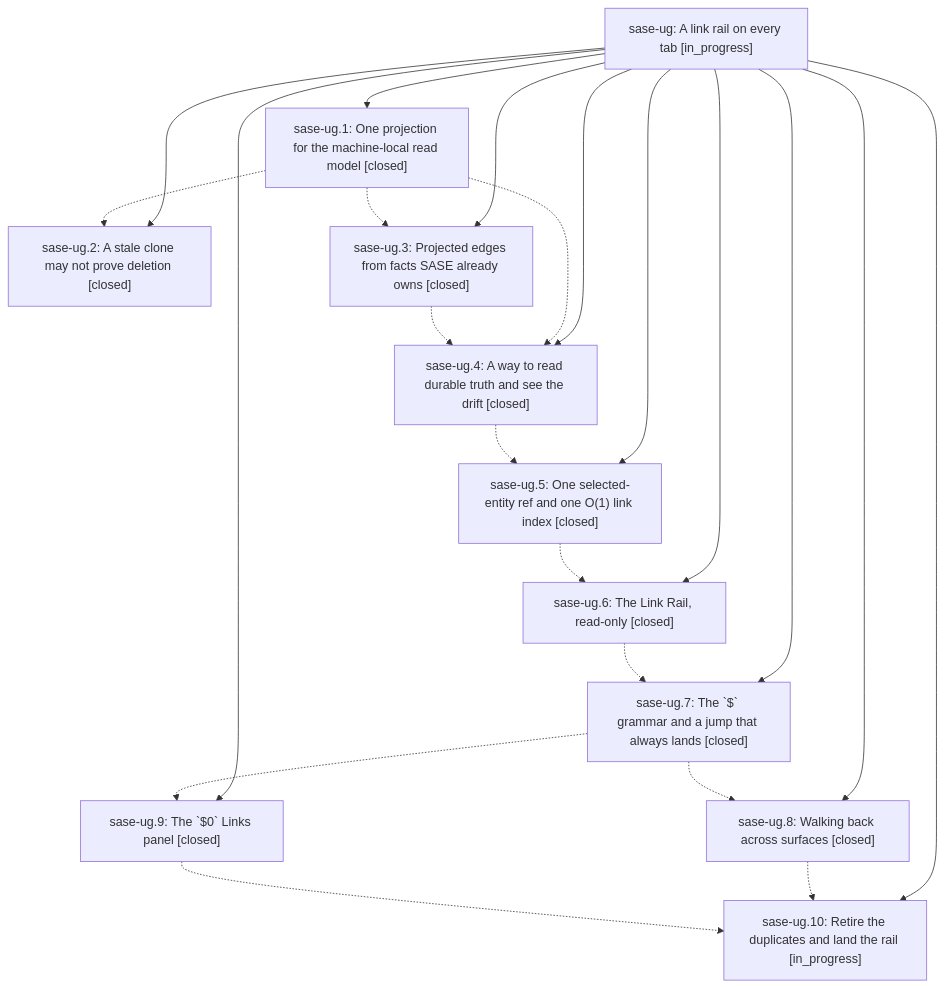
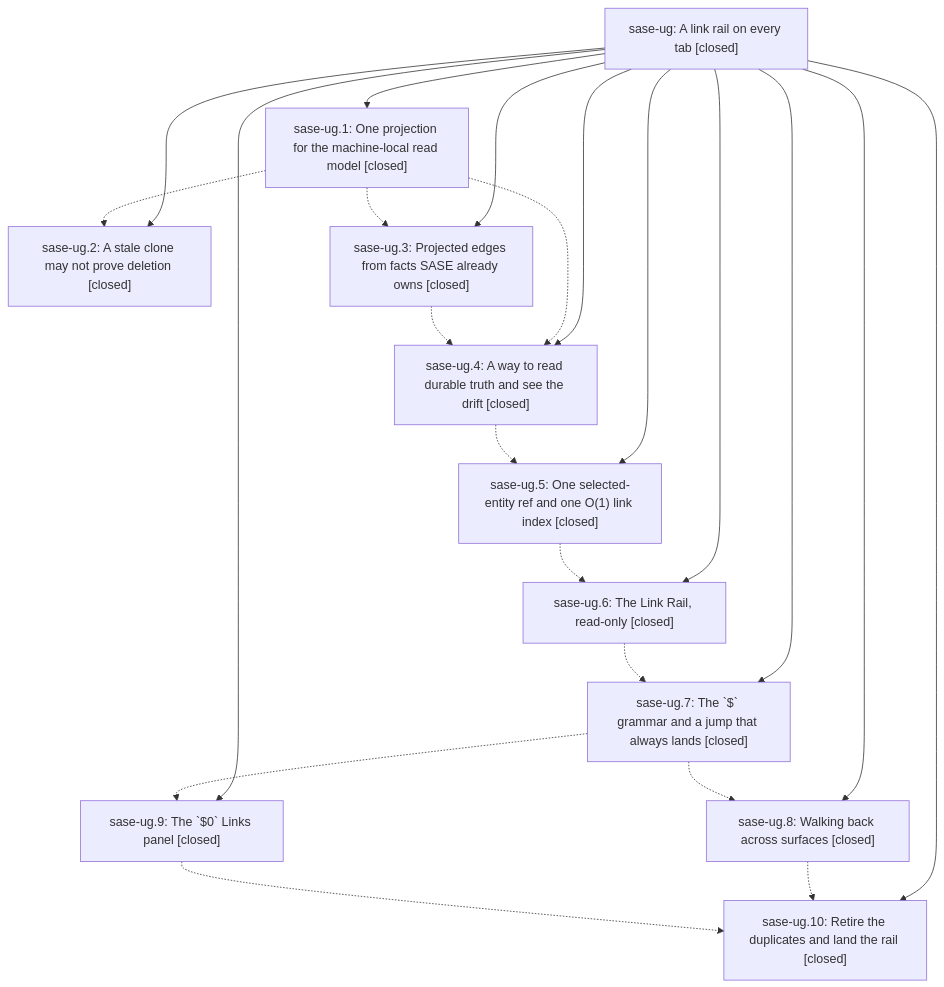
The diagram in pages/sase-ug/README.md (sase-org/sase--beads), drawn with Mermaid before and after one commit. The commit also changed other lines of this file and 3 other files, not shown here.

````diff
--- a/pages/sase-ug/README.md
+++ b/pages/sase-ug/README.md
@@ -47,35 +80,35 @@
 ```mermaid
 flowchart TD
-    n0["sase-ug: A link rail on every tab [in_progress]"]
+    n0["sase-ug: A link rail on every tab [closed]"]
     n1["sase-ug.1: One projection for the machine-local read model [closed]"]
-    n2["sase-ug.10: Retire the duplicates and land the rail [in_progress]"]
+    n2["sase-ug.10: Retire the duplicates and land the rail [closed]"]
     n3["sase-ug.2: A stale clone may not prove deletion [closed]"]
     n4["sase-ug.3: Projected edges from facts SASE already owns [closed]"]
     n5["sase-ug.4: A way to read durable truth and see the drift [closed]"]
     n6["sase-ug.5: One selected-entity ref and one O(1) link index [closed]"]
     n7["sase-ug.6: The Link Rail, read-only [closed]"]
     n8["sase-ug.7: The `$` grammar and a jump that always lands [closed]"]
     n9["sase-ug.8: Walking back across surfaces [closed]"]
     n10["sase-ug.9: The `$0` Links panel [closed]"]
     n0 --> n1
     n0 --> n2
     n0 --> n3
     n0 --> n4
     n0 --> n5
     n0 --> n6
     n0 --> n7
     n0 --> n8
     n0 --> n9
     n0 --> n10
     n1 -.-> n3
     n1 -.-> n4
     n1 -.-> n5
     n4 -.-> n5
     n5 -.-> n6
     n6 -.-> n7
     n7 -.-> n8
     n8 -.-> n9
     n8 -.-> n10
     n9 -.-> n2
     n10 -.-> n2
 ```
````
